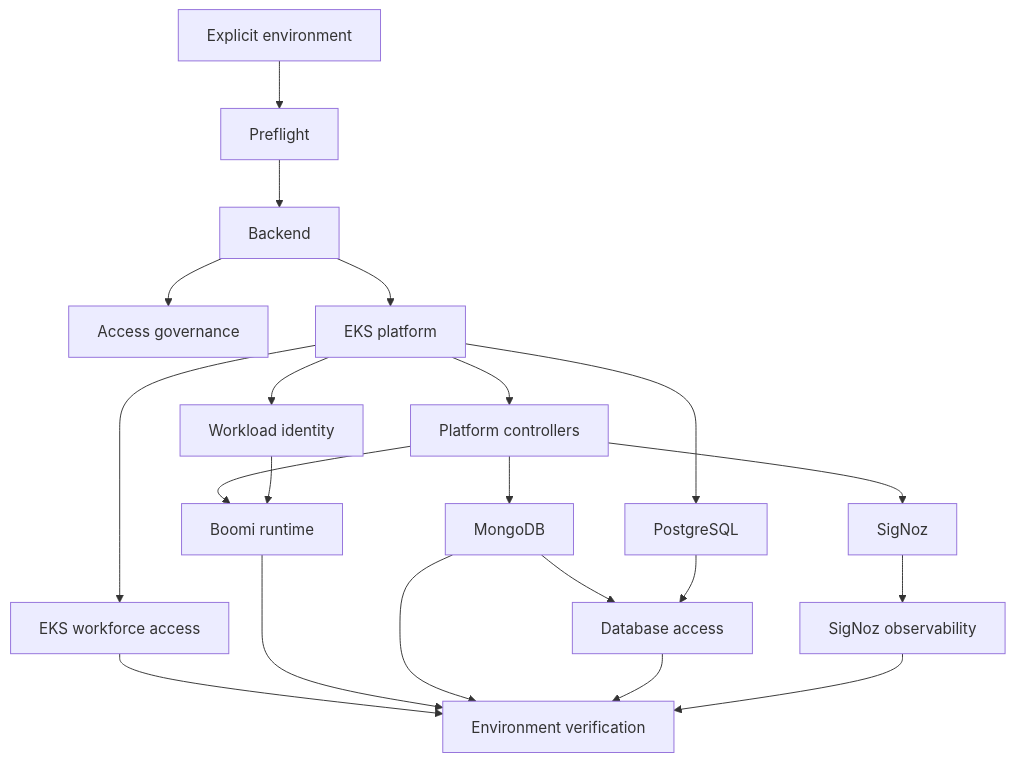
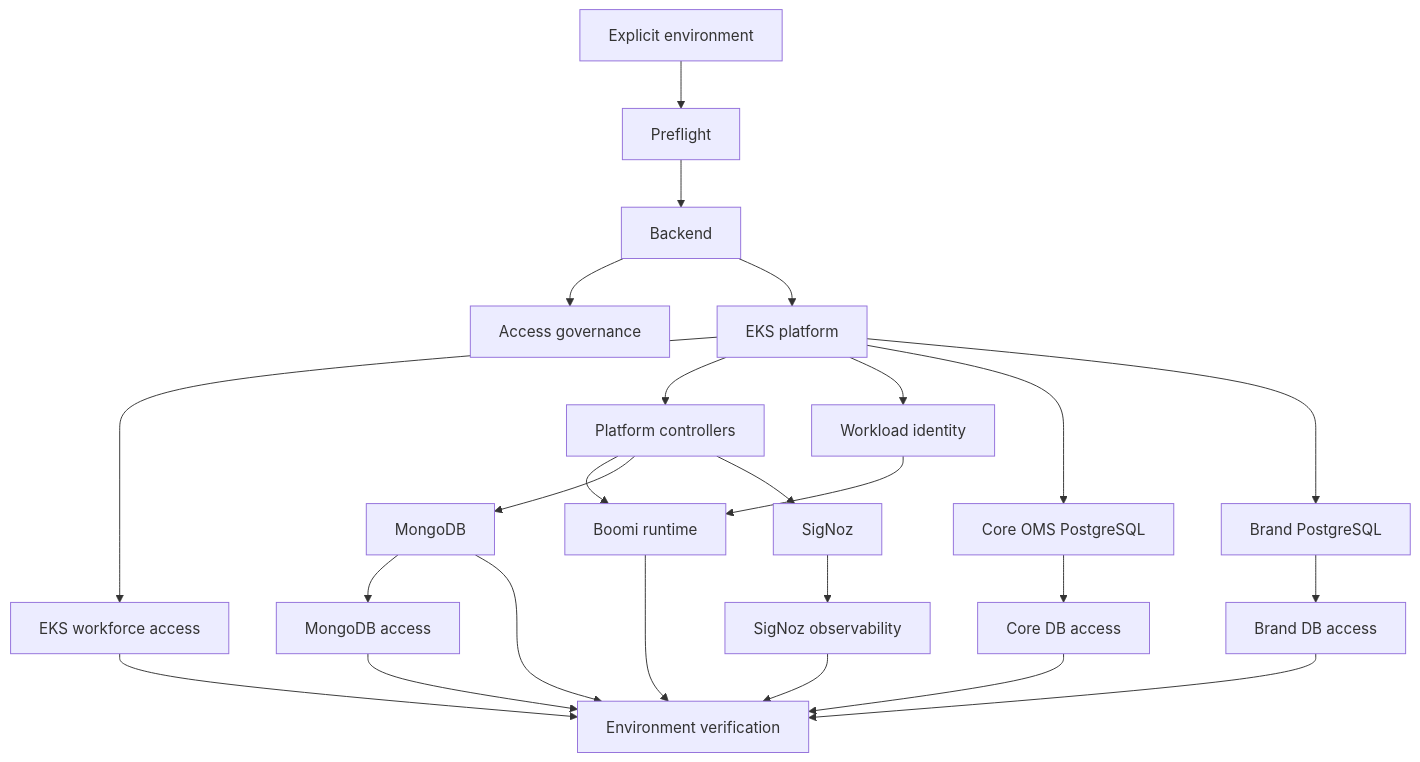
One commit to sml-global/mongodb changed the diagram in docs/superpowers/specs/2026-07-22-unified-environment-provisioning-design.md. Above: the diagram before and after it, drawn with Mermaid. The commit also changed other lines of this file, not shown here.

Commit message:
docs: define dual PostgreSQL clusters

````diff
--- a/docs/superpowers/specs/2026-07-22-unified-environment-provisioning-design.md
+++ b/docs/superpowers/specs/2026-07-22-unified-environment-provisioning-design.md
@@ -471,23 +542,27 @@
 ```mermaid
 flowchart TD
   E[Explicit environment] --> P[Preflight]
   P --> B[Backend]
   B --> G[Access governance]
   B --> X[EKS platform]
   X --> A[EKS workforce access]
   X --> C[Platform controllers]
   X --> W[Workload identity]
   C --> R[Boomi runtime]
   W --> R
   C --> M[MongoDB]
-  X --> D[PostgreSQL]
-  M --> DA[Database access]
-  D --> DA
+  X --> PC[Core OMS PostgreSQL]
+  X --> PB[Brand PostgreSQL]
+  M --> MA[MongoDB access]
+  PC --> CA[Core DB access]
+  PB --> BA[Brand DB access]
   C --> S[SigNoz]
   S --> O[SigNoz observability]
   A --> V[Environment verification]
   R --> V
   M --> V
-  DA --> V
+  MA --> V
+  CA --> V
+  BA --> V
   O --> V
 ```
````
